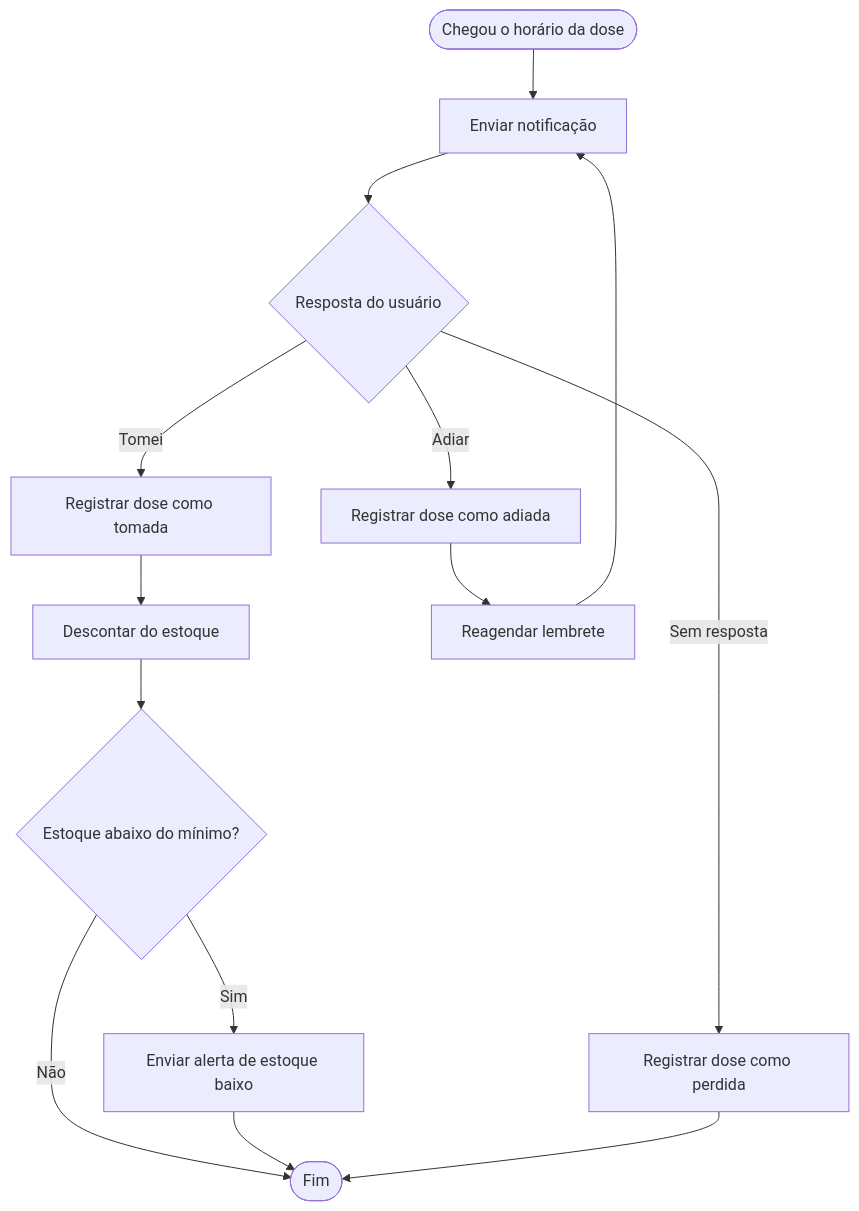
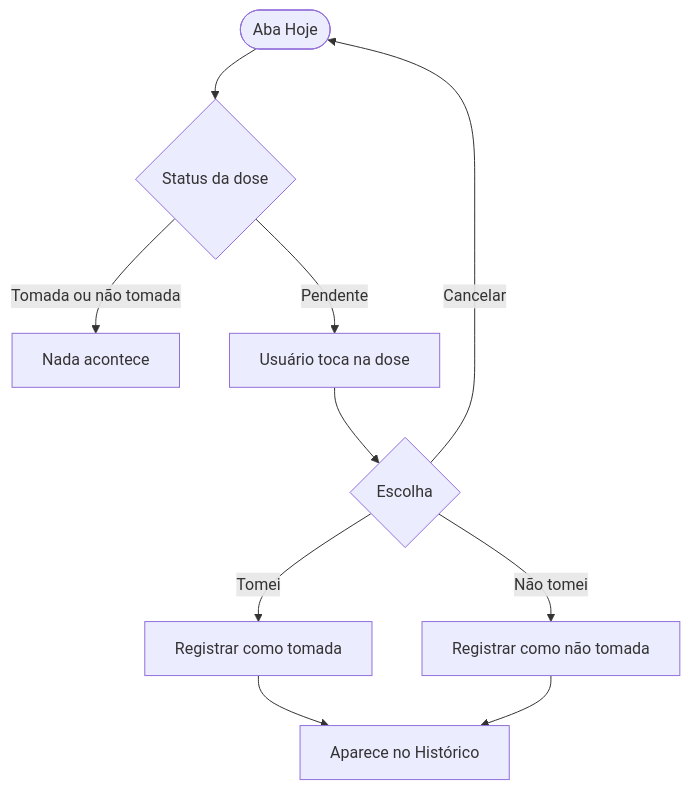
The fifth of 9 diagrams in docs/diagramas.md (amandaadb/Projeto-Saude-em-dia-), drawn with Mermaid before and after one commit. The commit also changed other lines of this file, not shown here.

````diff
--- a/docs/diagramas.md
+++ b/docs/diagramas.md
@@ -61,16 +84,12 @@
 ```mermaid
 flowchart TD
-    A([Chegou o horário da dose]) --> B[Enviar notificação]
-    B --> C{Resposta do usuário}
-    C -- Tomei --> D[Registrar dose como tomada]
-    D --> E[Descontar do estoque]
-    E --> F{Estoque abaixo do mínimo?}
-    F -- Sim --> G[Enviar alerta de estoque baixo]
-    F -- Não --> H([Fim])
+    A([Aba Hoje]) --> B{Status da dose}
+    B -- "Tomada ou não tomada" --> C[Nada acontece]
+    B -- Pendente --> D[Usuário toca na dose]
+    D --> E{Escolha}
+    E -- Cancelar --> A
+    E -- "Tomei" --> F[Registrar como tomada]
+    E -- "Não tomei" --> G[Registrar como não tomada]
+    F --> H[Aparece no Histórico]
     G --> H
-    C -- Adiar --> I[Registrar dose como adiada]
-    I --> J[Reagendar lembrete]
-    J --> B
-    C -- Sem resposta --> K[Registrar dose como perdida]
-    K --> H
 ```
````
